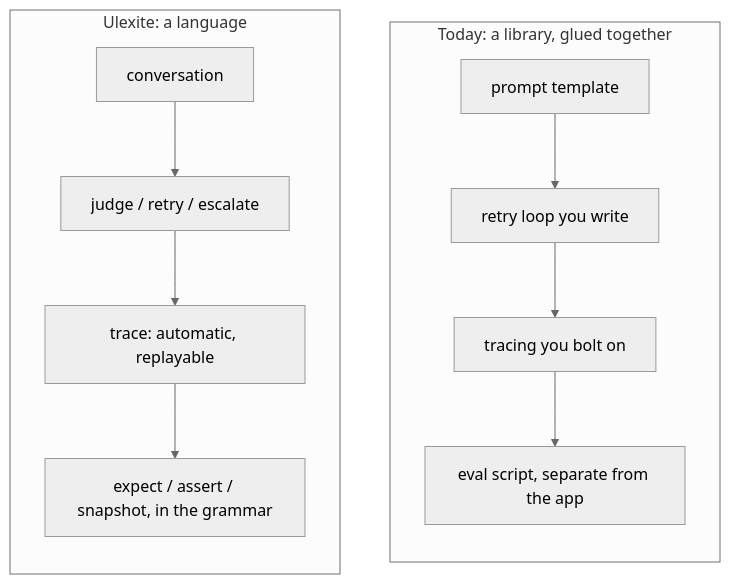
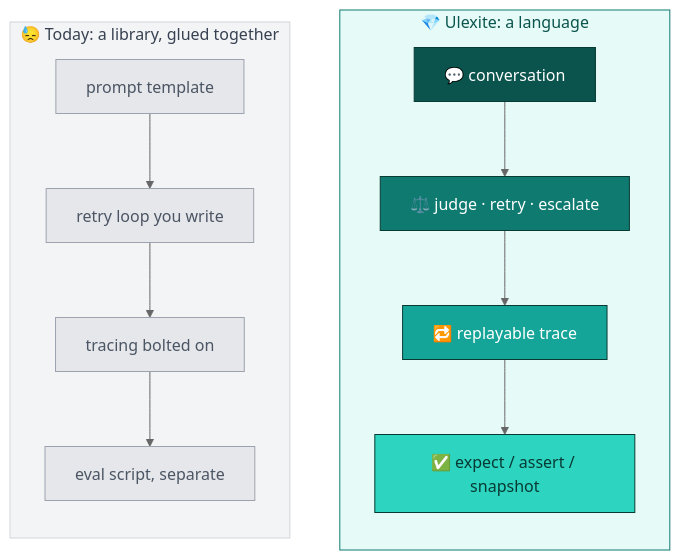
The diagram in website/docs/intro.md (JGalego/ulexite), drawn with Mermaid (neutral theme) before and after one commit.

Commit message:
Improve diagram styling and clarity in intro.md

````diff
--- a/website/docs/intro.md
+++ b/website/docs/intro.md
@@ -37,15 +37,27 @@
 ```mermaid
 flowchart TB
-    subgraph today["Today: a library, glued together"]
+    subgraph ulexite["💎 Ulexite: a language"]
+        direction TB
+        u1["💬 conversation"] --> u2["⚖️ judge · retry · escalate"]
+        u2 --> u3["🔁 replayable trace"]
+        u3 --> u4["✅ expect / assert / snapshot"]
+    end
+    subgraph today["😓 Today: a library, glued together"]
         direction TB
         t1["prompt template"] --> t2["retry loop you write"]
-        t2 --> t3["tracing you bolt on"]
-        t3 --> t4["eval script, separate from the app"]
+        t2 --> t3["tracing bolted on"]
+        t3 --> t4["eval script, separate"]
     end
-    subgraph ulexite["Ulexite: a language"]
-        direction TB
-        u1["conversation"] --> u2["judge / retry / escalate"]
-        u2 --> u3["trace: automatic, replayable"]
-        u3 --> u4["expect / assert / snapshot, in the grammar"]
-    end
+
+    style today fill:#f3f4f6,stroke:#d1d5db,color:#374151
+    style t1 fill:#e5e7eb,stroke:#9ca3af,color:#4b5563
+    style t2 fill:#e5e7eb,stroke:#9ca3af,color:#4b5563
+    style t3 fill:#e5e7eb,stroke:#9ca3af,color:#4b5563
+    style t4 fill:#e5e7eb,stroke:#9ca3af,color:#4b5563
+
+    style ulexite fill:#e6fbf8,stroke:#0f7a70,color:#0a544d
+    style u1 fill:#0a544d,stroke:#083a34,color:#ffffff
+    style u2 fill:#0f7a70,stroke:#083a34,color:#ffffff
+    style u3 fill:#15a598,stroke:#083a34,color:#ffffff
+    style u4 fill:#2dd4bf,stroke:#083a34,color:#083a34
 ```
````
